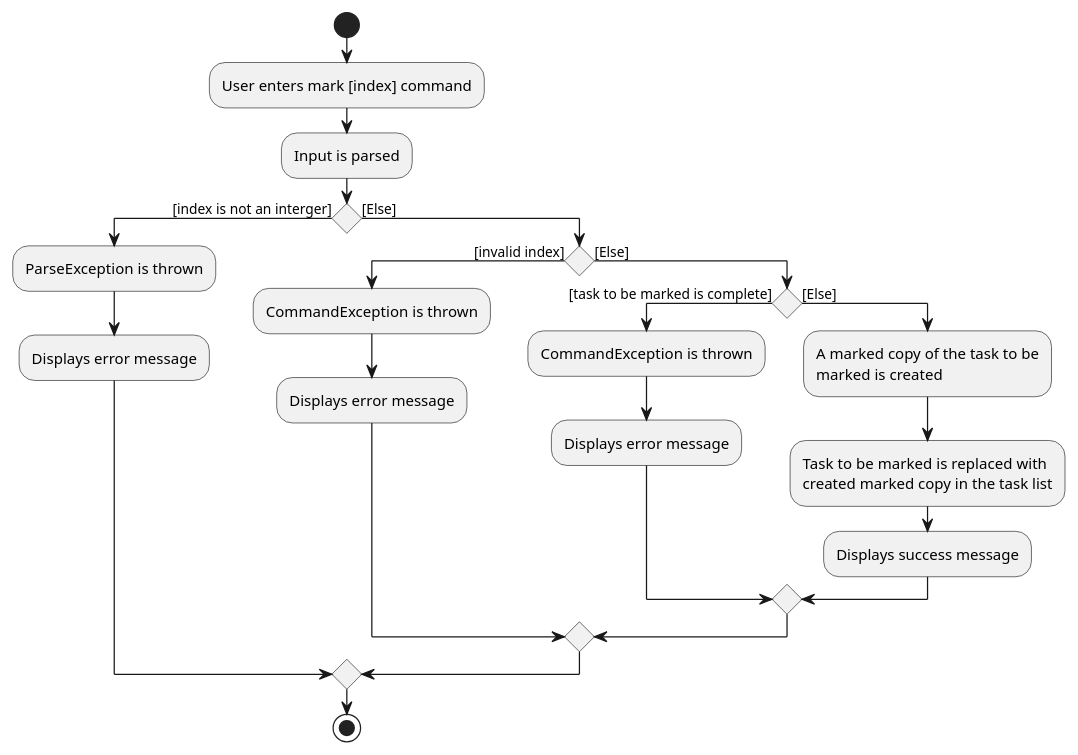
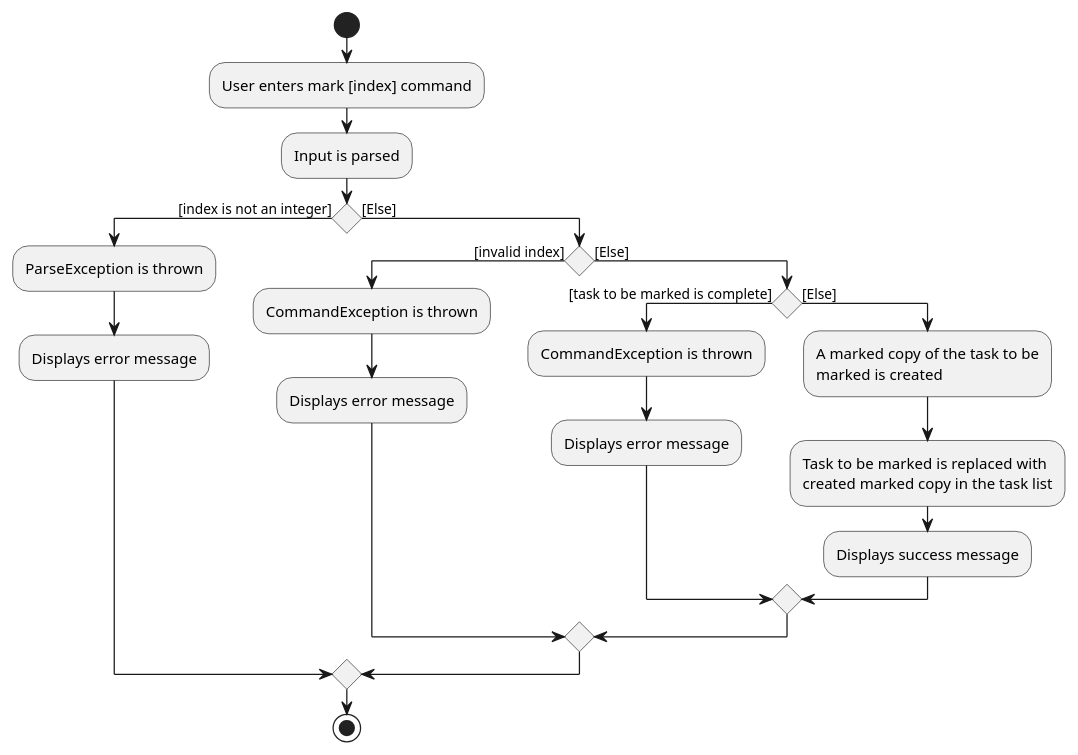
The diagram in docs/diagrams/MarkTaskActivityDiagram.puml (nus-cs2103-AY2223S1/tp), drawn with PlantUML before and after one commit. The commit also changed 2 other files, not shown here.

```diff
--- a/docs/diagrams/MarkTaskActivityDiagram.puml
+++ b/docs/diagrams/MarkTaskActivityDiagram.puml
@@ -1,27 +1,27 @@
 @startuml
 start
 :User enters mark [index] command;
 :Input is parsed;
-if () then ([index is not an interger])
+if () then ([index is not an integer])
     :ParseException is thrown;
     :Displays error message;
 else ([Else])
     if () then ([invalid index])
         :CommandException is thrown;
         :Displays error message;
     else ([Else])
         if() then ([task to be marked is complete])
             :CommandException is thrown;
             :Displays error message;
         else ([Else])
             :A marked copy of the task to be
             marked is created;
             :Task to be marked is replaced with
             created marked copy in the task list;
             :Displays success message;
         endif
     endif
 endif
 
 stop
 @enduml
```
